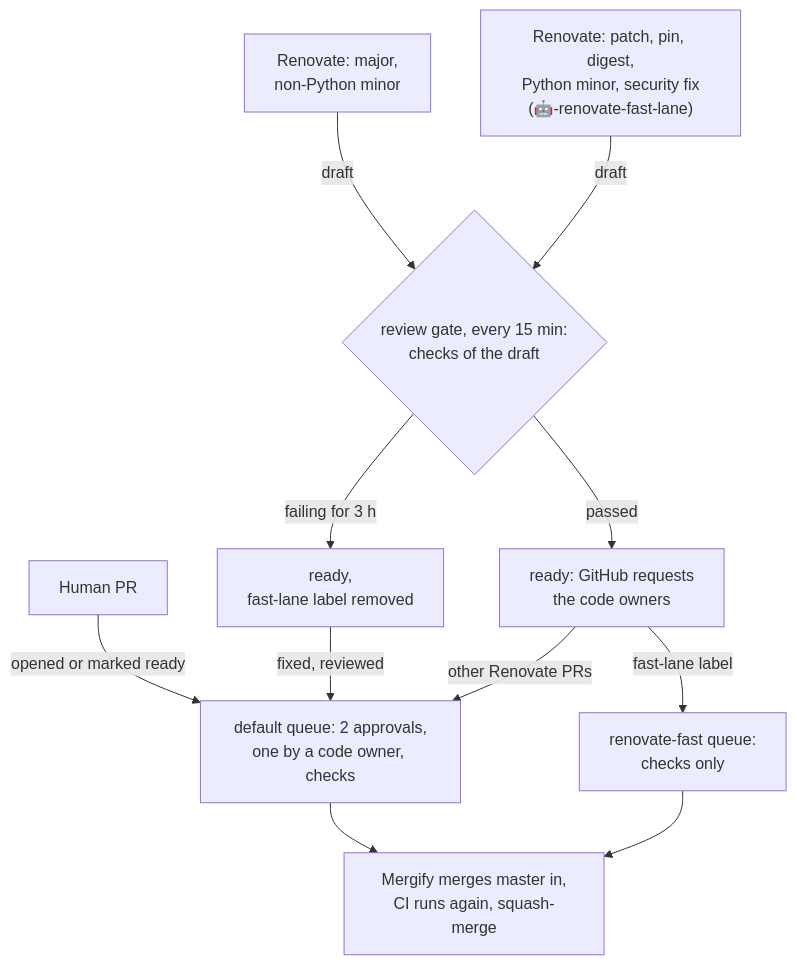
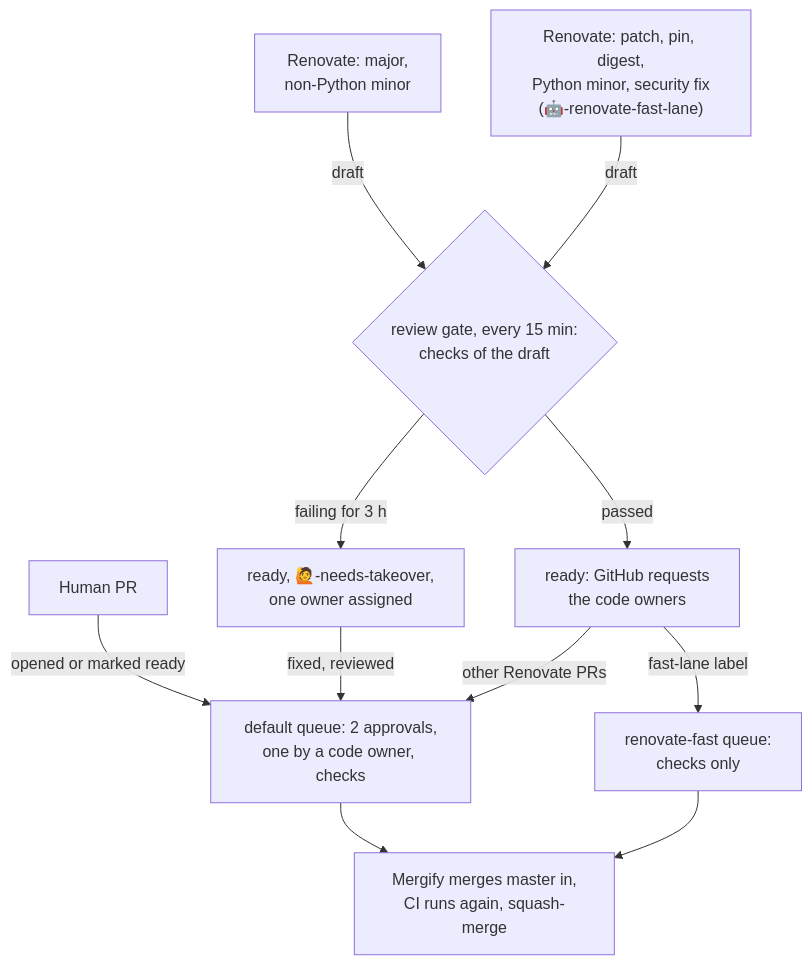
The first of 2 diagrams in docs/renovate.md (ITISFoundation/osparc-simcore), drawn with Mermaid before and after one commit. The commit also changed other lines of this file and 3 other files, not shown here.

Commit message:
🤖 Say in a label when a Renovate pull request needs a person (#10148)

````diff
--- a/docs/renovate.md
+++ b/docs/renovate.md
@@ -72,23 +72,23 @@
 ```mermaid
 flowchart TD
     human["Human PR"]
     fast["Renovate: patch, pin, digest,<br/>Python minor, security fix<br/>(🤖-renovate-fast-lane)"]
     other["Renovate: major,<br/>non-Python minor"]
     gate{"review gate, every 15 min:<br/>checks of the draft"}
     ready["ready: GitHub requests<br/>the code owners"]
-    held["ready,<br/>fast-lane label removed"]
+    held["ready, 🙋-needs-takeover,<br/>one owner assigned"]
     fastq["renovate-fast queue:<br/>checks only"]
     defq["default queue: 2 approvals,<br/>one by a code owner, checks"]
     merge["Mergify merges master in,<br/>CI runs again, squash-merge"]
 
     human -- "opened or marked ready" --> defq
     fast -- "draft" --> gate
     other -- "draft" --> gate
     gate -- "passed" --> ready
     gate -- "failing for 3 h" --> held
     held -- "fixed, reviewed" --> defq
     ready -- "fast-lane label" --> fastq
     ready -- "other Renovate PRs" --> defq
     fastq --> merge
     defq --> merge
 ```
````
